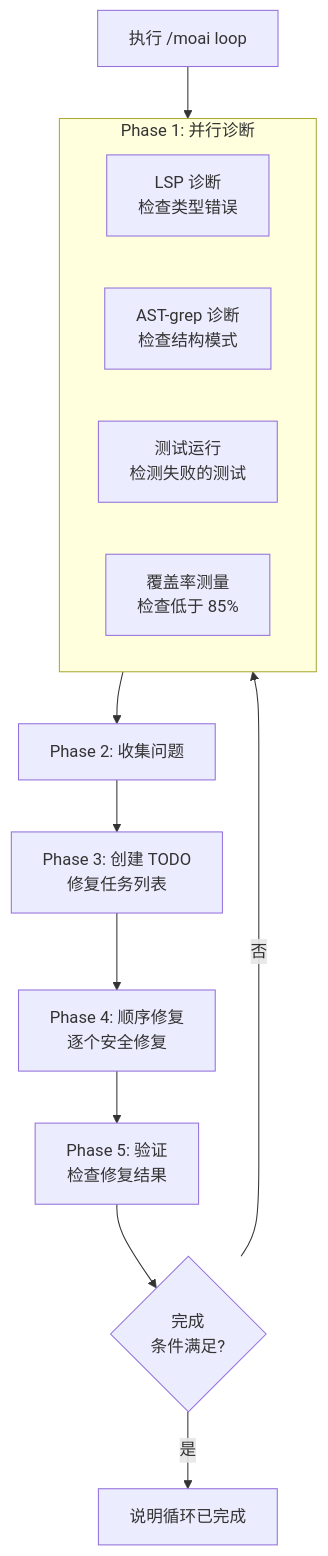
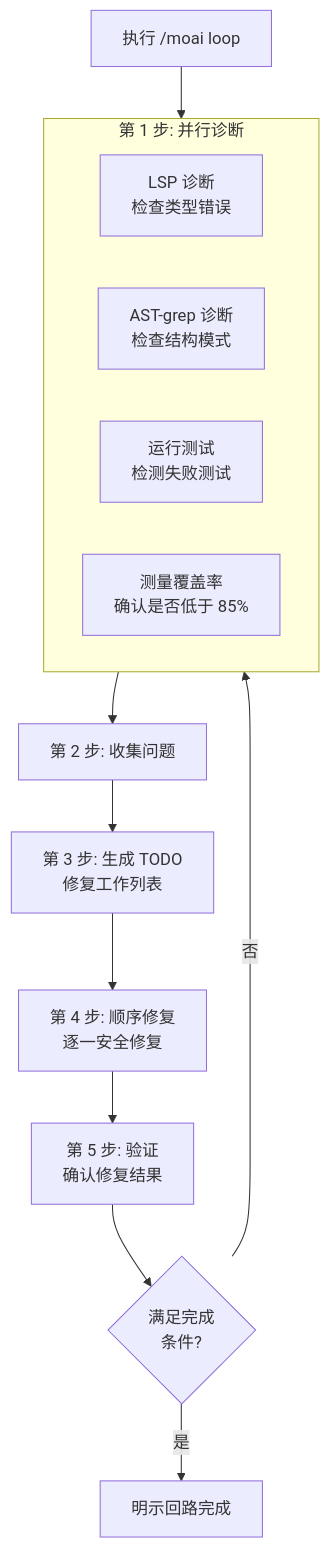
The first of 4 diagrams in docs-site/content/zh/utility-commands/moai-loop.md (modu-ai/moai-adk), drawn with Mermaid before and after one commit. The commit also changed other lines of this file and 395 other files, not shown here.

````diff
--- a/docs-site/content/zh/utility-commands/moai-loop.md
+++ b/docs-site/content/zh/utility-commands/moai-loop.md
@@ -63,19 +82,19 @@
 ```mermaid
 flowchart TD
     Start["执行 /moai loop"] --> Diag
 
-    subgraph Diag["Phase 1: 并行诊断"]
+    subgraph Diag["第 1 步: 并行诊断"]
         D1["LSP 诊断<br/>检查类型错误"]
         D2["AST-grep 诊断<br/>检查结构模式"]
-        D3["测试运行<br/>检测失败的测试"]
-        D4["覆盖率测量<br/>检查低于 85%"]
+        D3["运行测试<br/>检测失败测试"]
+        D4["测量覆盖率<br/>确认是否低于 85%"]
     end
 
-    Diag --> Collect["Phase 2: 收集问题"]
-    Collect --> Todo["Phase 3: 创建 TODO<br/>修复任务列表"]
-    Todo --> Fix["Phase 4: 顺序修复<br/>逐个安全修复"]
-    Fix --> Verify["Phase 5: 验证<br/>检查修复结果"]
-    Verify --> Check{完成<br/>条件满足?}
+    Diag --> Collect["第 2 步: 收集问题"]
+    Collect --> Todo["第 3 步: 生成 TODO<br/>修复工作列表"]
+    Todo --> Fix["第 4 步: 顺序修复<br/>逐一安全修复"]
+    Fix --> Verify["第 5 步: 验证<br/>确认修复结果"]
+    Verify --> Check{满足完成<br/>条件?}
     Check -->|否| Diag
-    Check -->|是| Done["说明循环已完成"]
+    Check -->|是| Done["明示回路完成"]
 ```
````
